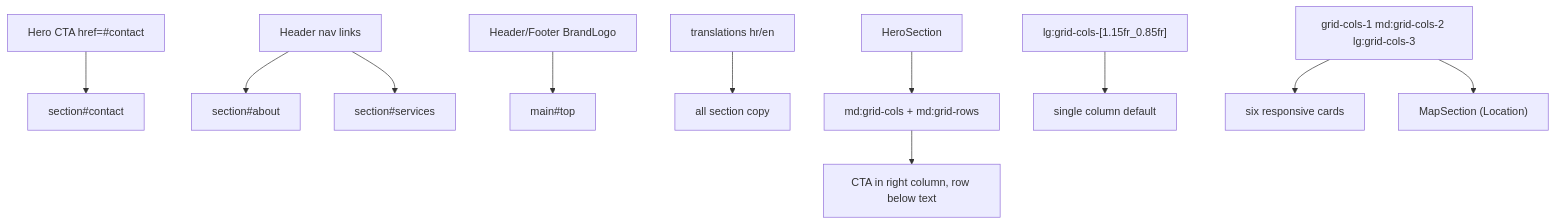
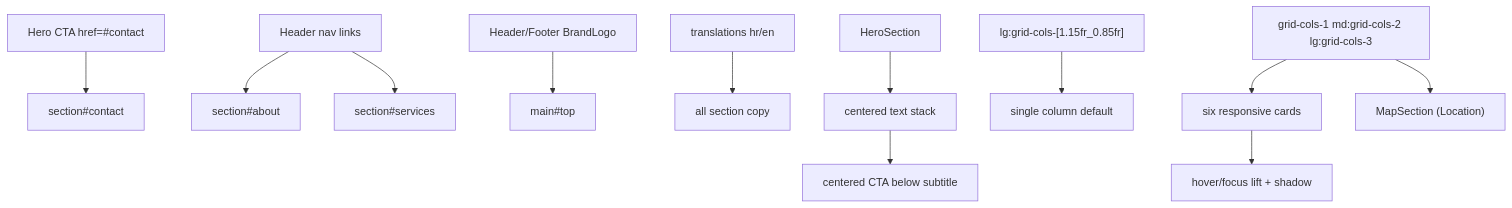
The diagram in lode/ui/home-main-content.md (ipavic933-spec/website-pavic), drawn with Mermaid before and after one commit. The commit also changed other lines of this file and 12 other files, not shown here.

````diff
--- a/lode/ui/home-main-content.md
+++ b/lode/ui/home-main-content.md
@@ -11,13 +11,14 @@
 ```mermaid
 flowchart TD
   HeroCTA["Hero CTA href=#contact"] --> ContactId["section#contact"]
   HeaderNav["Header nav links"] --> AboutId["section#about"]
   HeaderNav --> ServicesId["section#services"]
   BrandLogo["Header/Footer BrandLogo"] --> TopId["main#top"]
   I18n["translations hr/en"] --> Sections["all section copy"]
-  HeroSection --> HeroGrid["md:grid-cols + md:grid-rows"]
-  HeroGrid --> CtaButton["CTA in right column, row below text"]
+  HeroSection --> HeroStack["centered text stack"]
+  HeroStack --> CtaButton["centered CTA below subtitle"]
   AboutDesktop["lg:grid-cols-[1.15fr_0.85fr]"] --> AboutMobile["single column default"]
   Services["grid-cols-1 md:grid-cols-2 lg:grid-cols-3"] --> ServiceCards["six responsive cards"]
+  ServiceCards --> CardHover["hover/focus lift + shadow"]
   Services --> Map["MapSection (Location)"]
 ```
````
